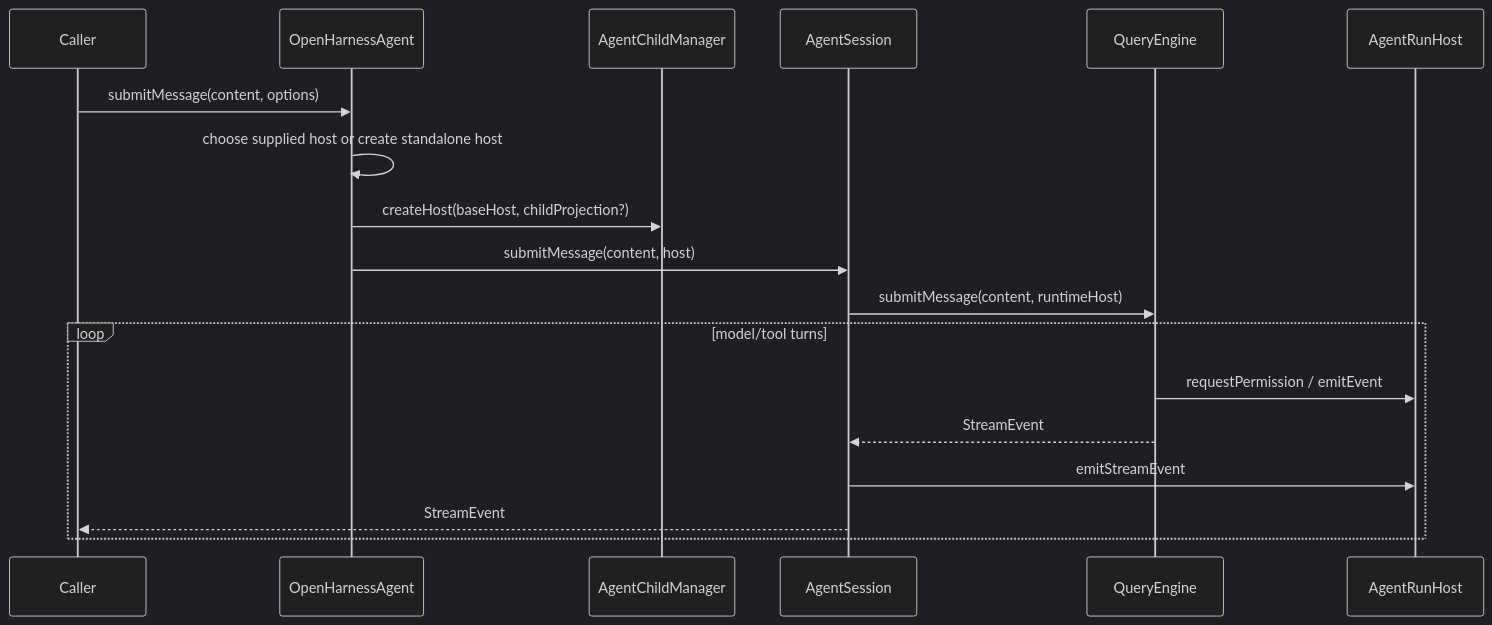
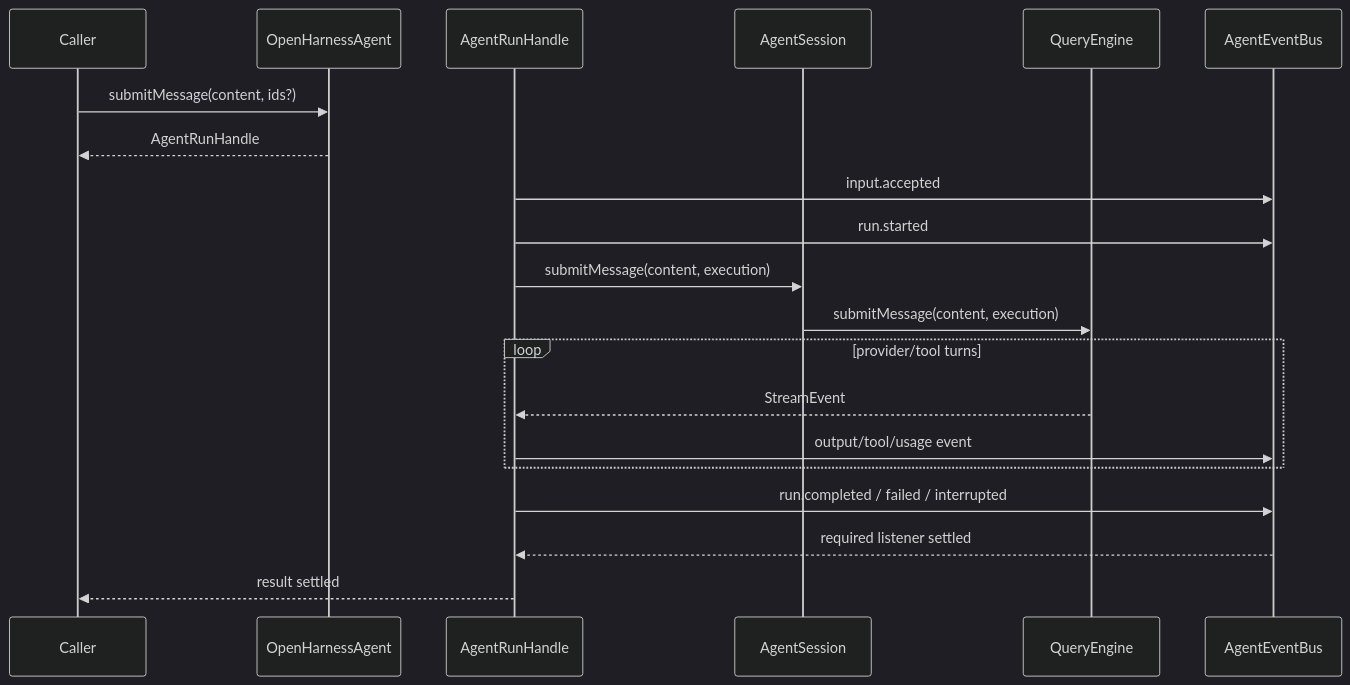
The second of 2 diagrams in docs/agent-runtime-framework-architecture.md (rzx007/openharness-ts), drawn with Mermaid (dark theme) before and after one commit. The commit also changed other lines of this file and 9 other files, not shown here.

Commit message:
docs: publish agent events effects runtime architecture

````diff
--- a/docs/agent-runtime-framework-architecture.md
+++ b/docs/agent-runtime-framework-architecture.md
@@ -55,21 +59,23 @@
 ```mermaid
 sequenceDiagram
   participant Caller
   participant Agent as OpenHarnessAgent
-  participant Children as AgentChildManager
+  participant Run as AgentRunHandle
   participant Session as AgentSession
   participant QE as QueryEngine
-  participant Host as AgentRunHost
+  participant Bus as AgentEventBus
 
-  Caller->>Agent: submitMessage(content, options)
-  Agent->>Agent: choose supplied host or create standalone host
-  Agent->>Children: createHost(baseHost, childProjection?)
-  Agent->>Session: submitMessage(content, host)
-  Session->>QE: submitMessage(content, runtimeHost)
-  loop model/tool turns
-    QE->>Host: requestPermission / emitEvent
-    QE-->>Session: StreamEvent
-    Session->>Host: emitStreamEvent
-    Session-->>Caller: StreamEvent
+  Caller->>Agent: submitMessage(content, ids?)
+  Agent-->>Caller: AgentRunHandle
+  Run->>Bus: input.accepted
+  Run->>Bus: run.started
+  Run->>Session: submitMessage(content, execution)
+  Session->>QE: submitMessage(content, execution)
+  loop provider/tool turns
+    QE-->>Run: StreamEvent
+    Run->>Bus: output/tool/usage event
   end
+  Run->>Bus: run.completed / failed / interrupted
+  Bus-->>Run: required listener settled
+  Run-->>Caller: result settled
 ```
````
